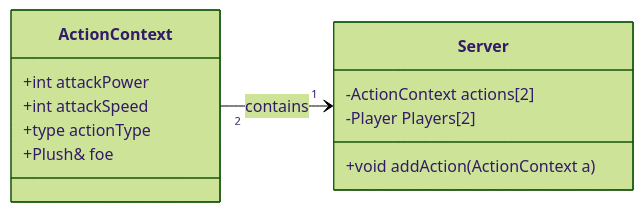
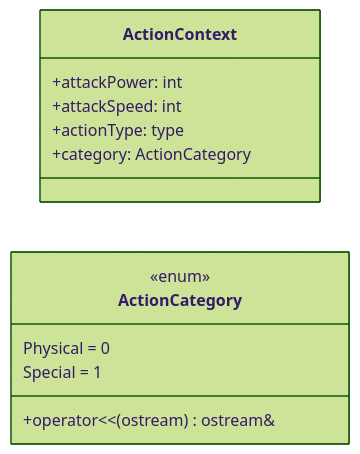
The first of 4 diagrams in plan.md (zsotroav/plushies), drawn with Mermaid (forest theme) before and after one commit. The commit also changed other lines of this file, not shown here.

````diff
--- a/plan.md
+++ b/plan.md
@@ -12,18 +28,17 @@
 ```mermaid
 classDiagram
     direction LR
-    ActionContext "2" --> "1" Server : contains
-
     class ActionContext {
-        +int attackPower
-        +int attackSpeed
-        +type actionType
-        +Plush& foe
+        +attackPower: int
+        +attackSpeed: int
+        +actionType: type
+        +category: ActionCategory
     }
 
-    class Server {
-        -ActionContext actions[2]
-        -Player Players[2]
-        +void addAction(ActionContext a)
+    class ActionCategory {
+        <<enum>>
+        Physical = 0
+        Special = 1
+        +operator<<(ostream) ostream&
     }
 ```
````
